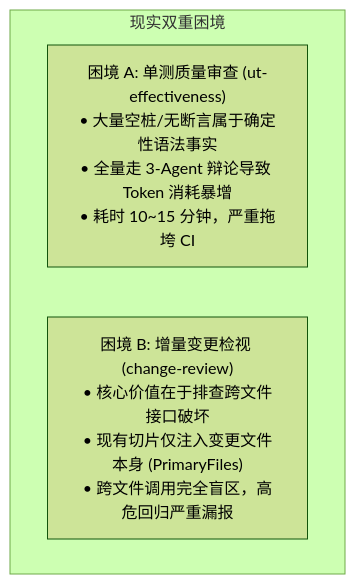
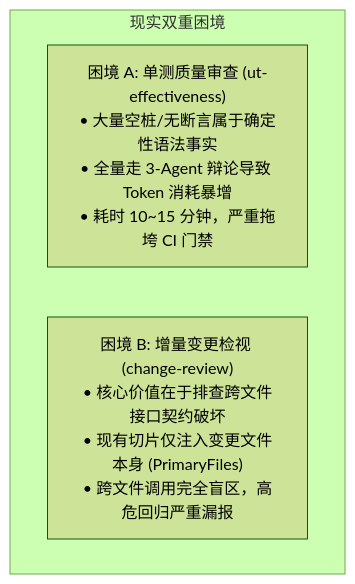
Before and after one commit to fugui/code-shield: the second of 6 diagrams in docs/05-methodology/02-AI辅助架构设计实战：从极端钟摆到务实收敛——05号差异化扫描引擎演进复盘.md, drawn with Mermaid (forest theme). The commit also changed other lines of this file and 3 other files, not shown here.

````diff
--- a/docs/05-methodology/02-AI辅助架构设计实战：从极端钟摆到务实收敛——05号差异化扫描引擎演进复盘.md
+++ b/docs/05-methodology/02-AI辅助架构设计实战：从极端钟摆到务实收敛——05号差异化扫描引擎演进复盘.md
@@ -31,7 +54,7 @@
 ```mermaid
 flowchart TD
     subgraph 现实双重困境
-        P1["困境 A: 单测质量审查 (ut-effectiveness)<br/>• 大量空桩/无断言属于确定性语法事实<br/>• 全量走 3-Agent 辩论导致 Token 消耗暴增<br/>• 耗时 10~15 分钟，严重拖垮 CI"]
-        P2["困境 B: 增量变更检视 (change-review)<br/>• 核心价值在于排查跨文件接口破坏<br/>• 现有切片仅注入变更文件本身 (PrimaryFiles)<br/>• 跨文件调用完全盲区，高危回归严重漏报"]
+        P1["困境 A: 单测质量审查 (ut-effectiveness)<br/>• 大量空桩/无断言属于确定性语法事实<br/>• 全量走 3-Agent 辩论导致 Token 消耗暴增<br/>• 耗时 10~15 分钟，严重拖垮 CI 门禁"]
+        P2["困境 B: 增量变更检视 (change-review)<br/>• 核心价值在于排查跨文件接口契约破坏<br/>• 现有切片仅注入变更文件本身 (PrimaryFiles)<br/>• 跨文件调用完全盲区，高危回归严重漏报"]
     end
 ```
````
